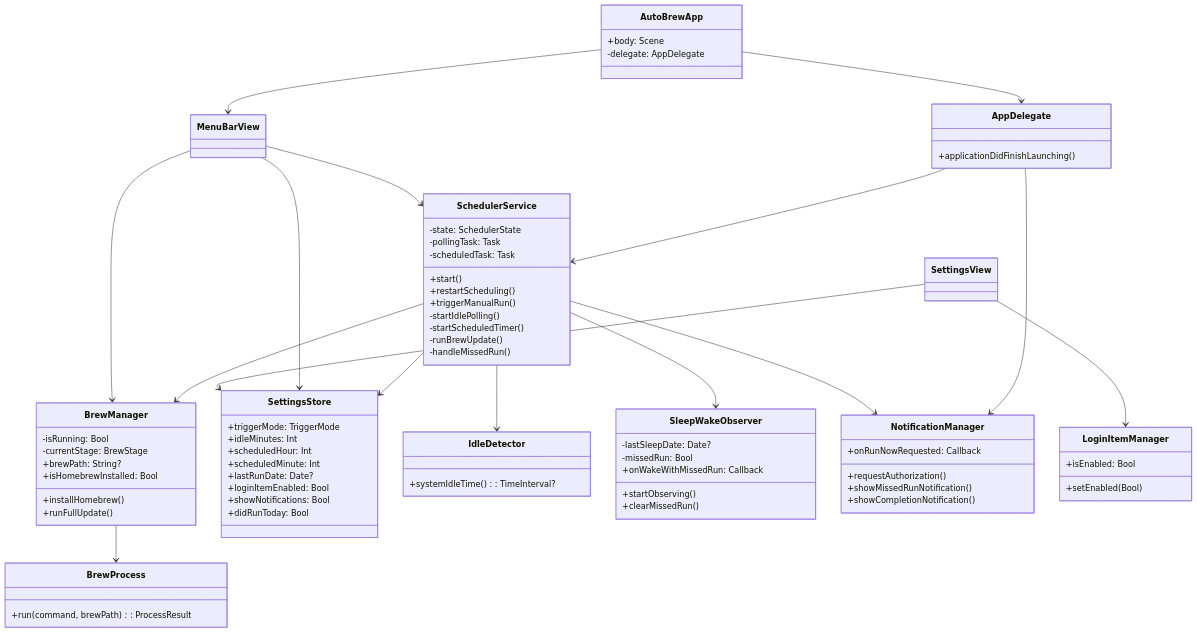
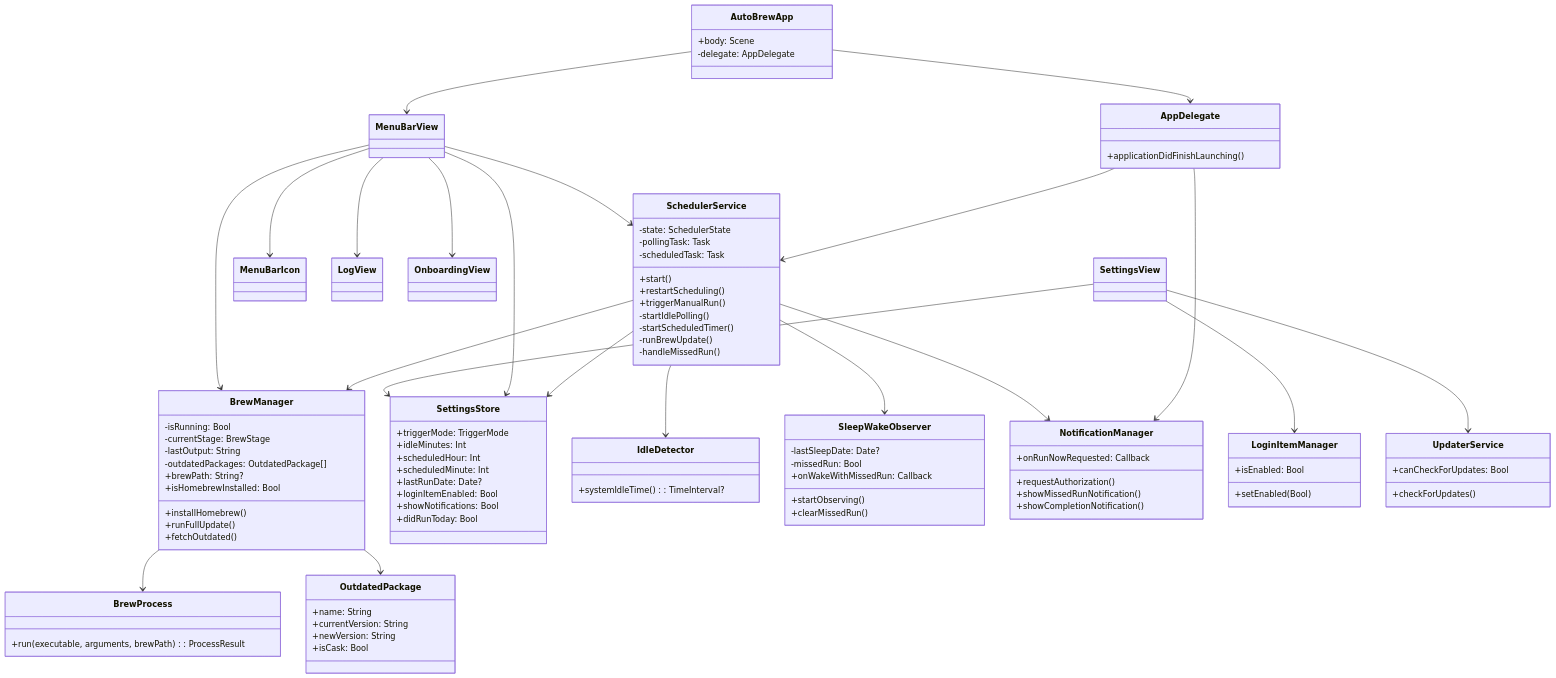
Before and after one commit to marcelrgberger/auto-brew: the first of 3 diagrams in README.md, drawn with Mermaid. The commit also changed other lines of this file and 1 other file, not shown here.

````diff
--- a/README.md
+++ b/README.md
@@ -80,10 +81,20 @@
     class BrewManager {
         -isRunning: Bool
         -currentStage: BrewStage
+        -lastOutput: String
+        -outdatedPackages: OutdatedPackage[]
         +brewPath: String?
         +isHomebrewInstalled: Bool
         +installHomebrew()
         +runFullUpdate()
+        +fetchOutdated()
+    }
+
+    class OutdatedPackage {
+        +name: String
+        +currentVersion: String
+        +newVersion: String
+        +isCask: Bool
     }
 
     class SettingsStore {
@@ -121,8 +132,13 @@
         +setEnabled(Bool)
     }
 
+    class UpdaterService {
+        +canCheckForUpdates: Bool
+        +checkForUpdates()
+    }
+
     class BrewProcess {
-        +run(command, brewPath): ProcessResult
+        +run(executable, arguments, brewPath): ProcessResult
     }
 
     AutoBrewApp --> AppDelegate
@@ -135,9 +151,14 @@
     SchedulerService --> NotificationManager
     SchedulerService --> IdleDetector
     BrewManager --> BrewProcess
+    BrewManager --> OutdatedPackage
     MenuBarView --> SchedulerService
     MenuBarView --> BrewManager
     MenuBarView --> SettingsStore
+    MenuBarView --> MenuBarIcon
+    MenuBarView --> LogView
+    MenuBarView --> OnboardingView
     SettingsView --> SettingsStore
     SettingsView --> LoginItemManager
+    SettingsView --> UpdaterService
 ```
````
